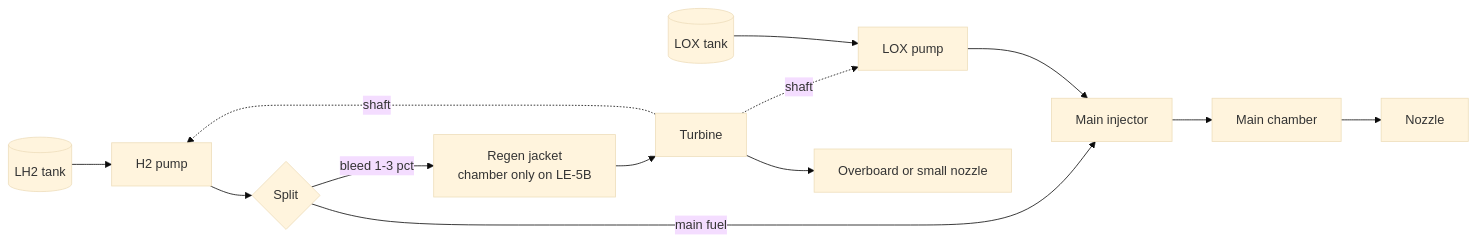
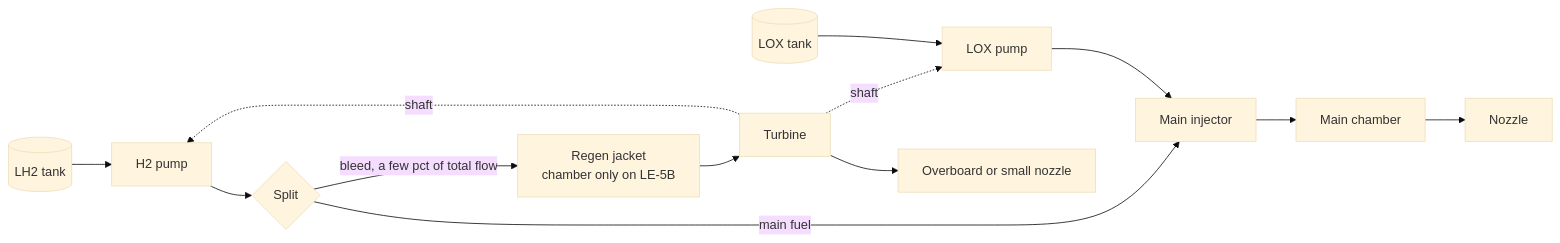
The fourth of 9 diagrams in propulsion/part2-liquid/13-engine-cycles.md (Daxjdavis526/Projects), drawn with Mermaid (base theme) before and after one commit. The commit also changed other lines of this file and 7 other files, not shown here.

````diff
--- a/propulsion/part2-liquid/13-engine-cycles.md
+++ b/propulsion/part2-liquid/13-engine-cycles.md
@@ -699,14 +699,14 @@
 ```mermaid
 flowchart LR
   FT[("LH2 tank")] --> FP[H2 pump]
   OT[("LOX tank")] --> OP[LOX pump]
   FP --> SPL{Split}
   SPL -->|main fuel| INJ[Main injector]
-  SPL -->|bleed 1-3 pct| JKT[Regen jacket<br/>chamber only on LE-5B]
+  SPL -->|bleed, a few pct of total flow| JKT[Regen jacket<br/>chamber only on LE-5B]
   JKT --> TRB[Turbine]
   TRB --> DUMP[Overboard or small nozzle]
   TRB -.->|shaft| FP
   TRB -.->|shaft| OP
   OP --> INJ
   INJ --> CC[Main chamber] --> NOZ[Nozzle]
 ```
````
